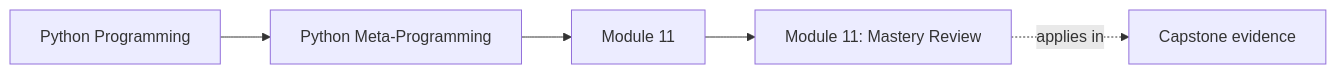
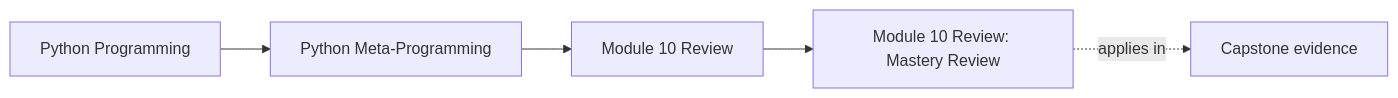
The first of 2 diagrams in programs/python-programming/python-meta-programming/course-book/module-10-runtime-governance-and-mastery/mastery-review.md (bijux/bijux-masterclass), drawn with Mermaid before and after one commit. The commit also changed other lines of this file and 11 other files, not shown here.

````diff
--- a/programs/python-programming/python-meta-programming/course-book/module-10-runtime-governance-and-mastery/mastery-review.md
+++ b/programs/python-programming/python-meta-programming/course-book/module-10-runtime-governance-and-mastery/mastery-review.md
@@ -7,11 +7,11 @@
 ```mermaid
 graph LR
   family["Python Programming"]
   program["Python Meta-Programming"]
-  section["Module 11"]
-  page["Module 11: Mastery Review"]
+  section["Module 10 Review"]
+  page["Module 10 Review: Mastery Review"]
   capstone["Capstone evidence"]
 
   family --> program --> section --> page
   page -.applies in.-> capstone
 ```
````
